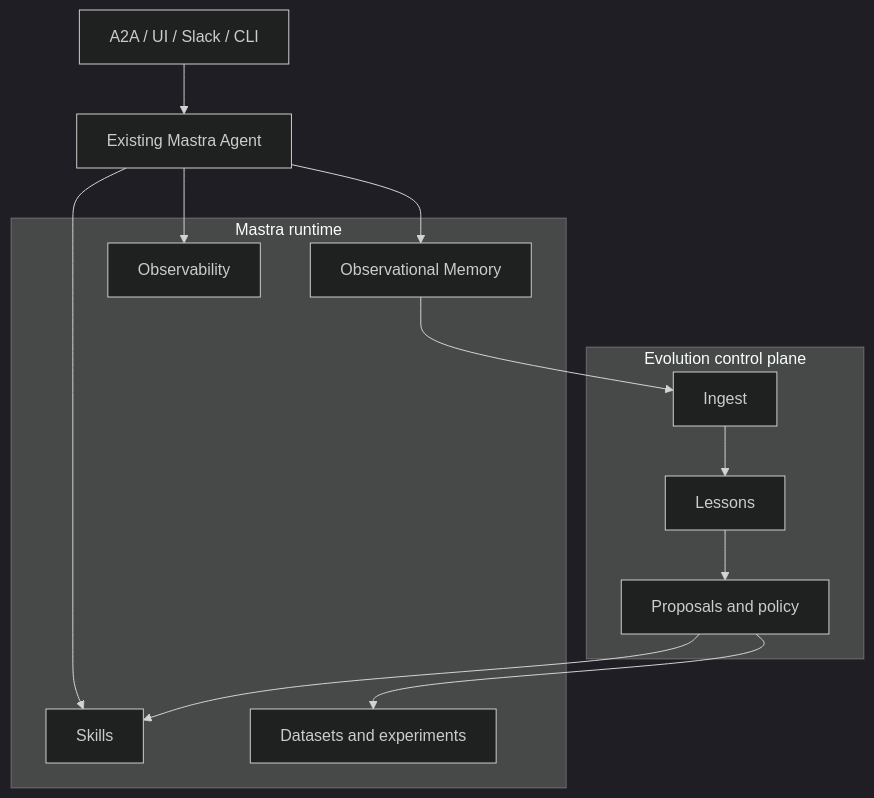
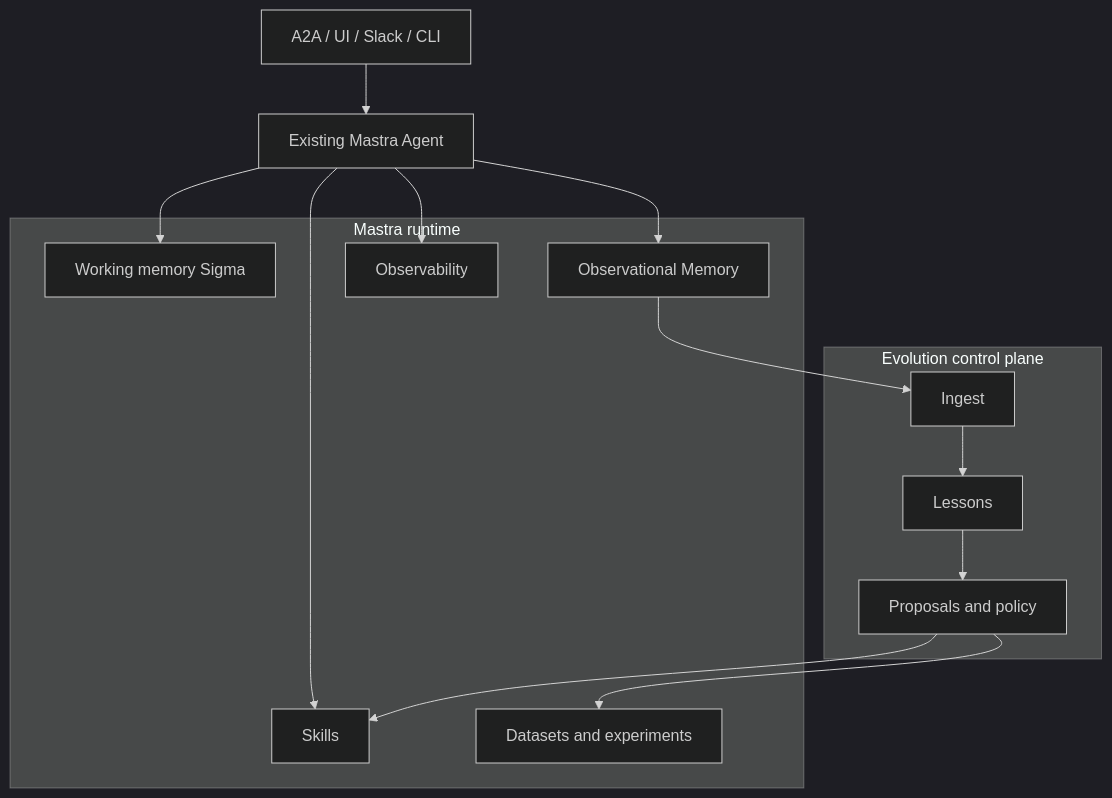
Before and after one commit to yu-iskw/mastra-evolution: the fourth of 4 diagrams in docs/architecture/control-plane.md, drawn with Mermaid (dark theme). The commit also changed other lines of this file and 37 other files, not shown here.

````diff
--- a/docs/architecture/control-plane.md
+++ b/docs/architecture/control-plane.md
@@ -52,24 +105,26 @@
 ```mermaid
 flowchart TB
   Client["A2A / UI / Slack / CLI"]
   Agent["Existing Mastra Agent"]
   subgraph Runtime["Mastra runtime"]
+    WM["Working memory Sigma"]
     OM["Observational Memory"]
     SK["Skills"]
     DS["Datasets and experiments"]
     OBS["Observability"]
   end
   subgraph Control["Evolution control plane"]
     ING["Ingest"]
     LEARN["Lessons"]
     IMP["Proposals and policy"]
   end
   Client --> Agent
+  Agent --> WM
   Agent --> OM
   Agent --> SK
   OM --> ING
   ING --> LEARN --> IMP
   IMP --> SK
   IMP --> DS
   Agent --> OBS
 ```
````
